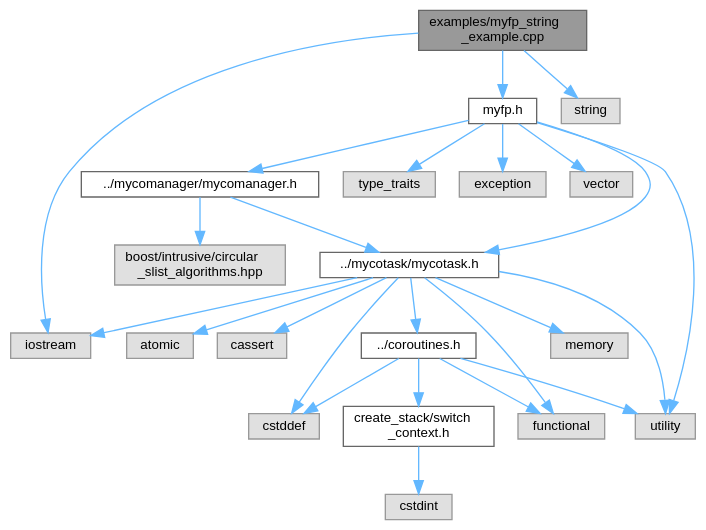
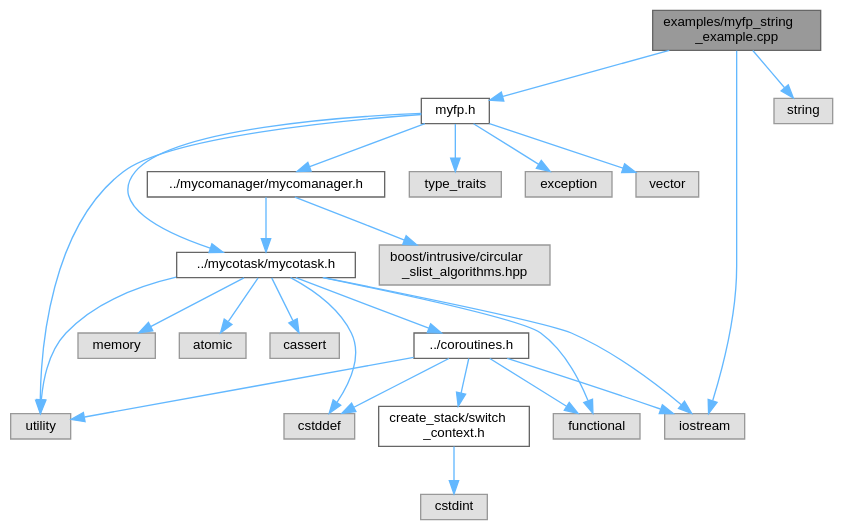
The diagram in myfp__string__example_8cpp__incl.dot (lalkaman1981/coroutins), drawn with Graphviz before and after one commit. The commit also changed 16 other files, not shown here.

```diff
--- a/myfp__string__example_8cpp__incl.dot
+++ b/myfp__string__example_8cpp__incl.dot
@@ -1,50 +1,51 @@
 digraph "examples/myfp_string_example.cpp"
 {
  // LATEX_PDF_SIZE
   bgcolor="transparent";
   edge [fontname=Helvetica,fontsize=10,labelfontname=Helvetica,labelfontsize=10];
   node [fontname=Helvetica,fontsize=10,shape=box,height=0.2,width=0.4];
   Node1 [id="Node000001",label="examples/myfp_string\l_example.cpp",height=0.2,width=0.4,color="gray40", fillcolor="grey60", style="filled", fontcolor="black",tooltip=" "];
   Node1 -> Node2 [id="edge1_Node000001_Node000002",color="steelblue1",style="solid",tooltip=" "];
   Node2 [id="Node000002",label="myfp.h",height=0.2,width=0.4,color="grey40", fillcolor="white", style="filled",URL="$myfp_8h.html",tooltip="Promise/Future pattern implementation for coroutines."];
   Node2 -> Node3 [id="edge2_Node000002_Node000003",color="steelblue1",style="solid",tooltip=" "];
   Node3 [id="Node000003",label="exception",height=0.2,width=0.4,color="grey60", fillcolor="#E0E0E0", style="filled",tooltip=" "];
   Node2 -> Node4 [id="edge3_Node000002_Node000004",color="steelblue1",style="solid",tooltip=" "];
   Node4 [id="Node000004",label="vector",height=0.2,width=0.4,color="grey60", fillcolor="#E0E0E0", style="filled",tooltip=" "];
   Node2 -> Node5 [id="edge4_Node000002_Node000005",color="steelblue1",style="solid",tooltip=" "];
   Node5 [id="Node000005",label="utility",height=0.2,width=0.4,color="grey60", fillcolor="#E0E0E0", style="filled",tooltip=" "];
   Node2 -> Node6 [id="edge5_Node000002_Node000006",color="steelblue1",style="solid",tooltip=" "];
   Node6 [id="Node000006",label="type_traits",height=0.2,width=0.4,color="grey60", fillcolor="#E0E0E0", style="filled",tooltip=" "];
   Node2 -> Node7 [id="edge6_Node000002_Node000007",color="steelblue1",style="solid",tooltip=" "];
   Node7 [id="Node000007",label="../mycomanager/mycomanager.h",height=0.2,width=0.4,color="grey40", fillcolor="white", style="filled",URL="$mycomanager_8h.html",tooltip="Coroutine scheduler for managing multiple cooperative tasks."];
   Node7 -> Node8 [id="edge7_Node000007_Node000008",color="steelblue1",style="solid",tooltip=" "];
   Node8 [id="Node000008",label="../mycotask/mycotask.h",height=0.2,width=0.4,color="grey40", fillcolor="white", style="filled",URL="$mycotask_8h.html",tooltip="Stackful coroutine implementation with cooperative multitasking."];
   Node8 -> Node9 [id="edge8_Node000008_Node000009",color="steelblue1",style="solid",tooltip=" "];
   Node9 [id="Node000009",label="cstddef",height=0.2,width=0.4,color="grey60", fillcolor="#E0E0E0", style="filled",tooltip=" "];
   Node8 -> Node10 [id="edge9_Node000008_Node000010",color="steelblue1",style="solid",tooltip=" "];
   Node10 [id="Node000010",label="functional",height=0.2,width=0.4,color="grey60", fillcolor="#E0E0E0", style="filled",tooltip=" "];
   Node8 -> Node11 [id="edge10_Node000008_Node000011",color="steelblue1",style="solid",tooltip=" "];
   Node11 [id="Node000011",label="memory",height=0.2,width=0.4,color="grey60", fillcolor="#E0E0E0", style="filled",tooltip=" "];
   Node8 -> Node12 [id="edge11_Node000008_Node000012",color="steelblue1",style="solid",tooltip=" "];
   Node12 [id="Node000012",label="atomic",height=0.2,width=0.4,color="grey60", fillcolor="#E0E0E0", style="filled",tooltip=" "];
   Node8 -> Node13 [id="edge12_Node000008_Node000013",color="steelblue1",style="solid",tooltip=" "];
   Node13 [id="Node000013",label="../coroutines.h",height=0.2,width=0.4,color="grey40", fillcolor="white", style="filled",URL="$coroutines_8h.html",tooltip="Main coroutine API header."];
   Node13 -> Node9 [id="edge13_Node000013_Node000009",color="steelblue1",style="solid",tooltip=" "];
   Node13 -> Node10 [id="edge14_Node000013_Node000010",color="steelblue1",style="solid",tooltip=" "];
   Node13 -> Node5 [id="edge15_Node000013_Node000005",color="steelblue1",style="solid",tooltip=" "];
   Node13 -> Node14 [id="edge16_Node000013_Node000014",color="steelblue1",style="solid",tooltip=" "];
-  Node14 [id="Node000014",label="create_stack/switch\l_context.h",height=0.2,width=0.4,color="grey40", fillcolor="white", style="filled",URL="$switch__context_8h.html",tooltip="Core data structures for coroutine context switching."];
-  Node14 -> Node15 [id="edge17_Node000014_Node000015",color="steelblue1",style="solid",tooltip=" "];
-  Node15 [id="Node000015",label="cstdint",height=0.2,width=0.4,color="grey60", fillcolor="#E0E0E0", style="filled",tooltip=" "];
-  Node8 -> Node16 [id="edge18_Node000008_Node000016",color="steelblue1",style="solid",tooltip=" "];
-  Node16 [id="Node000016",label="iostream",height=0.2,width=0.4,color="grey60", fillcolor="#E0E0E0", style="filled",tooltip=" "];
-  Node8 -> Node5 [id="edge19_Node000008_Node000005",color="steelblue1",style="solid",tooltip=" "];
-  Node8 -> Node17 [id="edge20_Node000008_Node000017",color="steelblue1",style="solid",tooltip=" "];
+  Node14 [id="Node000014",label="iostream",height=0.2,width=0.4,color="grey60", fillcolor="#E0E0E0", style="filled",tooltip=" "];
+  Node13 -> Node15 [id="edge17_Node000013_Node000015",color="steelblue1",style="solid",tooltip=" "];
+  Node15 [id="Node000015",label="create_stack/switch\l_context.h",height=0.2,width=0.4,color="grey40", fillcolor="white", style="filled",URL="$switch__context_8h.html",tooltip="Core data structures for coroutine context switching."];
+  Node15 -> Node16 [id="edge18_Node000015_Node000016",color="steelblue1",style="solid",tooltip=" "];
+  Node16 [id="Node000016",label="cstdint",height=0.2,width=0.4,color="grey60", fillcolor="#E0E0E0", style="filled",tooltip=" "];
+  Node8 -> Node14 [id="edge19_Node000008_Node000014",color="steelblue1",style="solid",tooltip=" "];
+  Node8 -> Node5 [id="edge20_Node000008_Node000005",color="steelblue1",style="solid",tooltip=" "];
+  Node8 -> Node17 [id="edge21_Node000008_Node000017",color="steelblue1",style="solid",tooltip=" "];
   Node17 [id="Node000017",label="cassert",height=0.2,width=0.4,color="grey60", fillcolor="#E0E0E0", style="filled",tooltip=" "];
-  Node7 -> Node18 [id="edge21_Node000007_Node000018",color="steelblue1",style="solid",tooltip=" "];
+  Node7 -> Node18 [id="edge22_Node000007_Node000018",color="steelblue1",style="solid",tooltip=" "];
   Node18 [id="Node000018",label="boost/intrusive/circular\l_slist_algorithms.hpp",height=0.2,width=0.4,color="grey60", fillcolor="#E0E0E0", style="filled",tooltip=" "];
-  Node2 -> Node8 [id="edge22_Node000002_Node000008",color="steelblue1",style="solid",tooltip=" "];
-  Node1 -> Node16 [id="edge23_Node000001_Node000016",color="steelblue1",style="solid",tooltip=" "];
-  Node1 -> Node19 [id="edge24_Node000001_Node000019",color="steelblue1",style="solid",tooltip=" "];
+  Node2 -> Node8 [id="edge23_Node000002_Node000008",color="steelblue1",style="solid",tooltip=" "];
+  Node1 -> Node14 [id="edge24_Node000001_Node000014",color="steelblue1",style="solid",tooltip=" "];
+  Node1 -> Node19 [id="edge25_Node000001_Node000019",color="steelblue1",style="solid",tooltip=" "];
   Node19 [id="Node000019",label="string",height=0.2,width=0.4,color="grey60", fillcolor="#E0E0E0", style="filled",tooltip=" "];
 }
```
